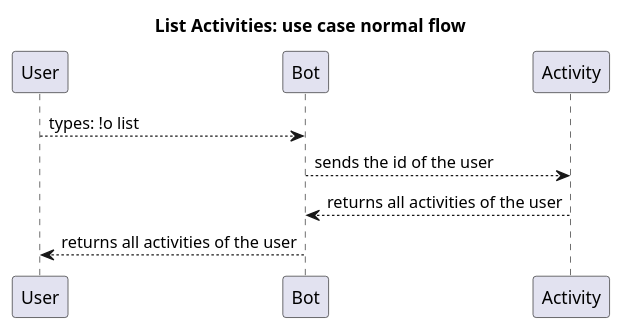
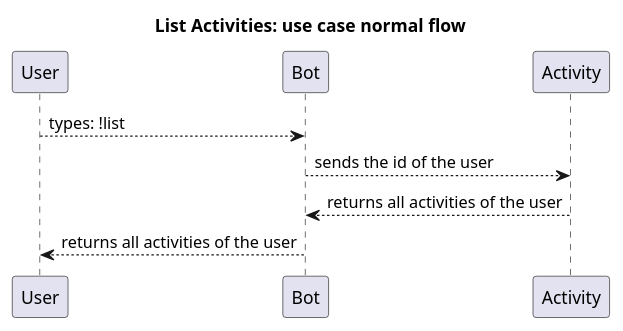
One commit to orion-services/bot changed the diagram in docs/uml/ucListActivities.puml. Above: the diagram before and after it, drawn with PlantUML. The commit also changed 8 other files, not shown here.

```diff
--- a/docs/uml/ucListActivities.puml
+++ b/docs/uml/ucListActivities.puml
@@ -1,9 +1,9 @@
 @startuml
 
 title List Activities: use case normal flow
 
-User --> Bot: types: !o list
+User --> Bot: types: !list
 Bot --> Activity: sends the id of the user
 Activity --> Bot: returns all activities of the user
 Bot --> User: returns all activities of the user
 @enduml
```
